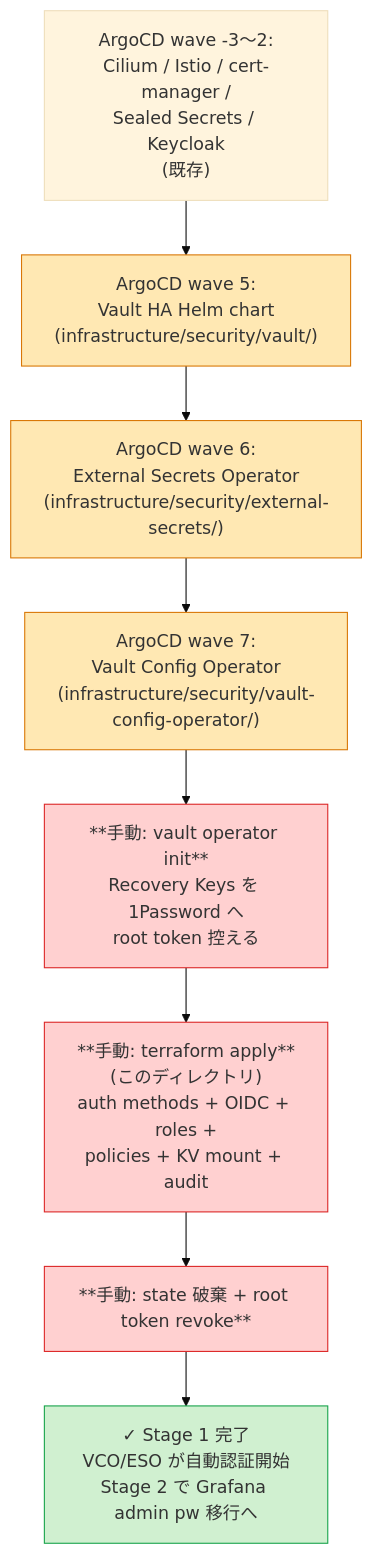
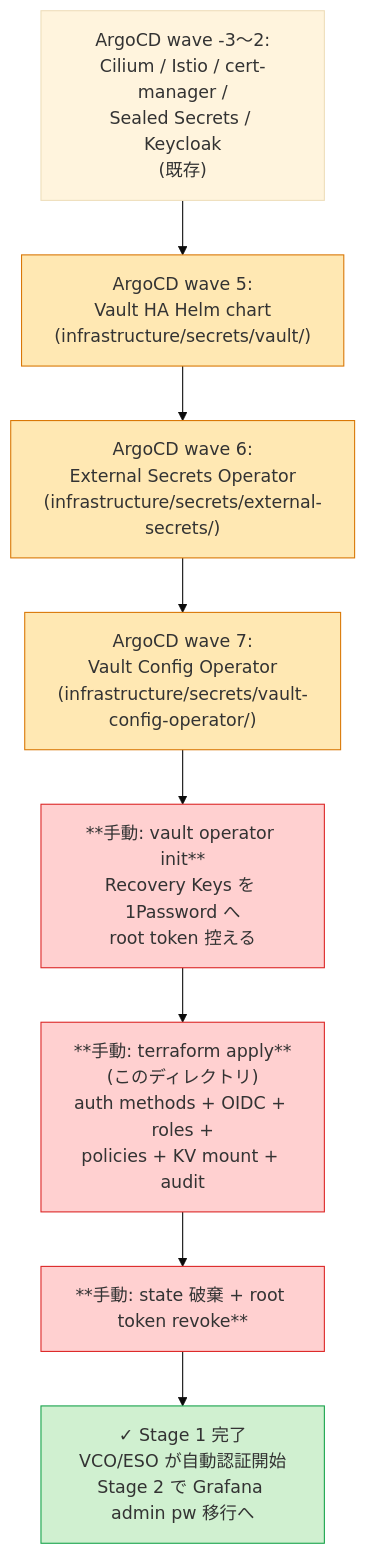
One commit to yu-min3/kensan-lab changed the diagram in bootstrap/vault/README.md. Above: the diagram before and after it, drawn with Mermaid (base theme). The commit also changed other lines of this file and 112 other files, not shown here.

First line of the commit message:
refactor(security): infrastructure/security/ を auth/ + secrets/ に分割 (Phase 3b) (#320)

````diff
--- a/bootstrap/vault/README.md
+++ b/bootstrap/vault/README.md
@@ -85,21 +85,21 @@
 ```mermaid
 flowchart TB
     A["ArgoCD wave -3〜2:<br/>Cilium / Istio / cert-manager /<br/>Sealed Secrets / Keycloak<br/>(既存)"]
-    B["ArgoCD wave 5:<br/>Vault HA Helm chart<br/>(infrastructure/security/vault/)"]
-    C["ArgoCD wave 6:<br/>External Secrets Operator<br/>(infrastructure/security/external-secrets/)"]
-    D["ArgoCD wave 7:<br/>Vault Config Operator<br/>(infrastructure/security/vault-config-operator/)"]
+    B["ArgoCD wave 5:<br/>Vault HA Helm chart<br/>(infrastructure/secrets/vault/)"]
+    C["ArgoCD wave 6:<br/>External Secrets Operator<br/>(infrastructure/secrets/external-secrets/)"]
+    D["ArgoCD wave 7:<br/>Vault Config Operator<br/>(infrastructure/secrets/vault-config-operator/)"]
     E["**手動: vault operator init**<br/>Recovery Keys を 1Password へ<br/>root token 控える"]
     F["**手動: terraform apply**<br/>(このディレクトリ)<br/>auth methods + OIDC + roles +<br/>policies + KV mount + audit"]
     G["**手動: state 破棄 + root token revoke**"]
     H["✓ Stage 1 完了<br/>VCO/ESO が自動認証開始<br/>Stage 2 で Grafana admin pw 移行へ"]
 
     A --> B --> C --> D --> E --> F --> G --> H
 
     style B fill:#ffe8b3,stroke:#d97706
     style C fill:#ffe8b3,stroke:#d97706
     style D fill:#ffe8b3,stroke:#d97706
     style E fill:#ffd0d0,stroke:#dc2626
     style F fill:#ffd0d0,stroke:#dc2626
     style G fill:#ffd0d0,stroke:#dc2626
     style H fill:#d0f0d0,stroke:#16a34a
 ```
````
